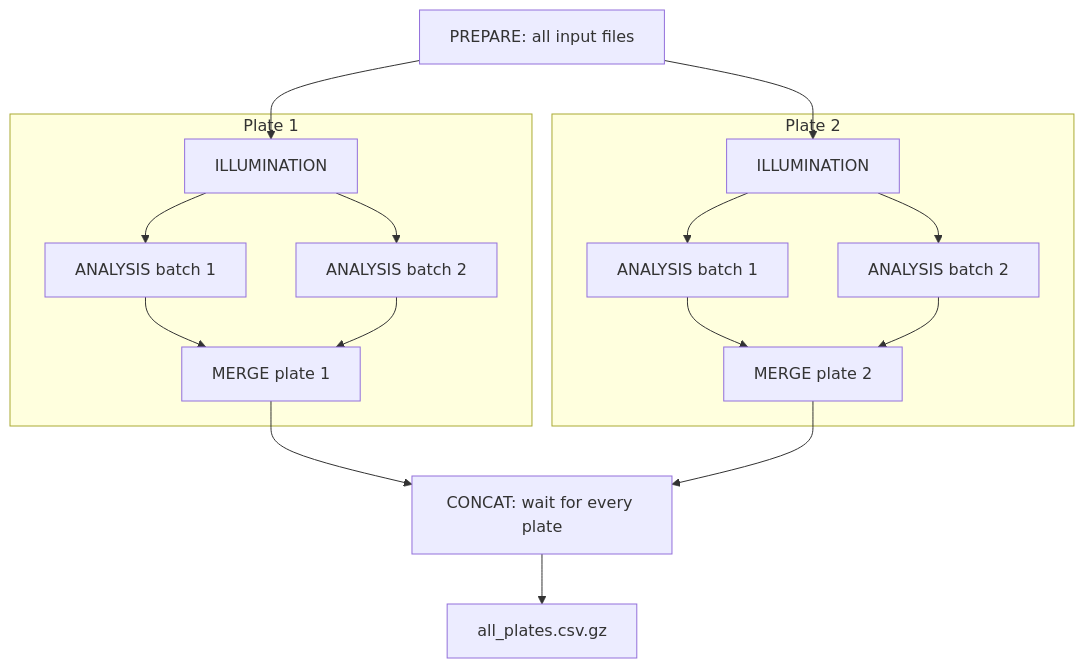
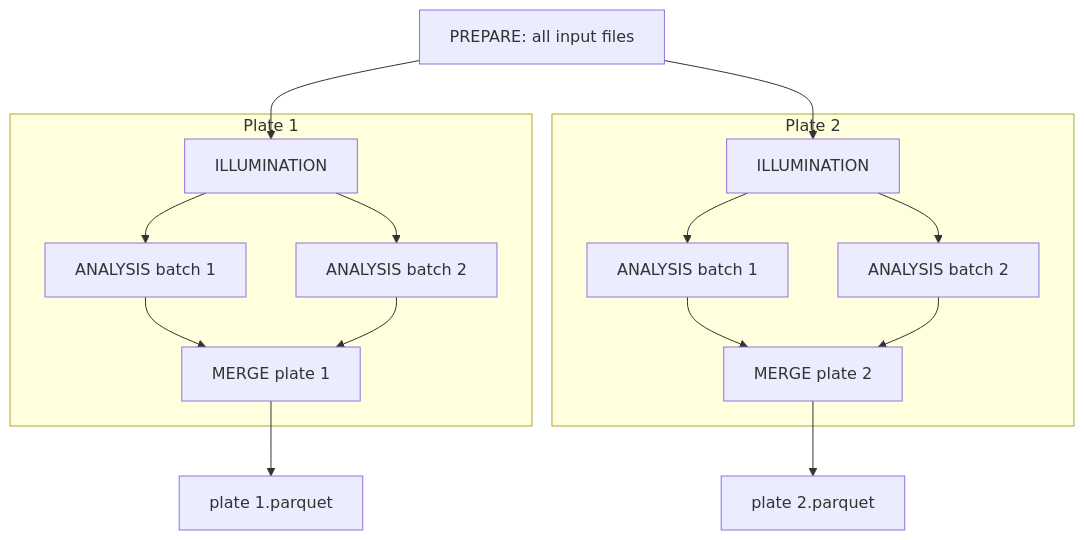
One commit to mirandaresearchlab/headless-cp-wf changed the first of 3 diagrams in docs/explanation/workflow.md. Above: the diagram before and after it, drawn with Mermaid. The commit also changed other lines of this file and 13 other files, not shown here.

````diff
--- a/docs/explanation/workflow.md
+++ b/docs/explanation/workflow.md
@@ -8,20 +8,19 @@
 ```mermaid
 flowchart TD
     P[PREPARE: all input files] --> I1
     P --> I2
     subgraph Plate1[Plate 1]
         I1[ILLUMINATION] --> A11[ANALYSIS batch 1]
         I1 --> A12[ANALYSIS batch 2]
         A11 --> M1[MERGE plate 1]
         A12 --> M1
     end
     subgraph Plate2[Plate 2]
         I2[ILLUMINATION] --> A21[ANALYSIS batch 1]
         I2 --> A22[ANALYSIS batch 2]
         A21 --> M2[MERGE plate 2]
         A22 --> M2
     end
-    M1 --> C[CONCAT: wait for every plate]
-    M2 --> C
-    C --> F[all_plates.csv.gz]
+    M1 --> F1[plate 1.parquet]
+    M2 --> F2[plate 2.parquet]
 ```
````
